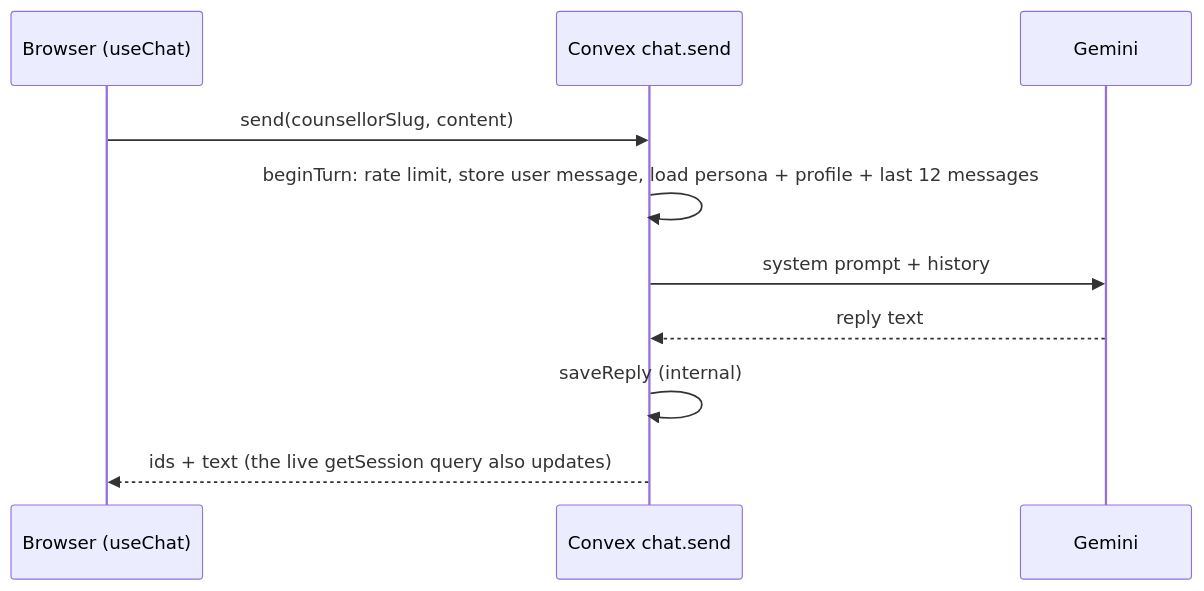
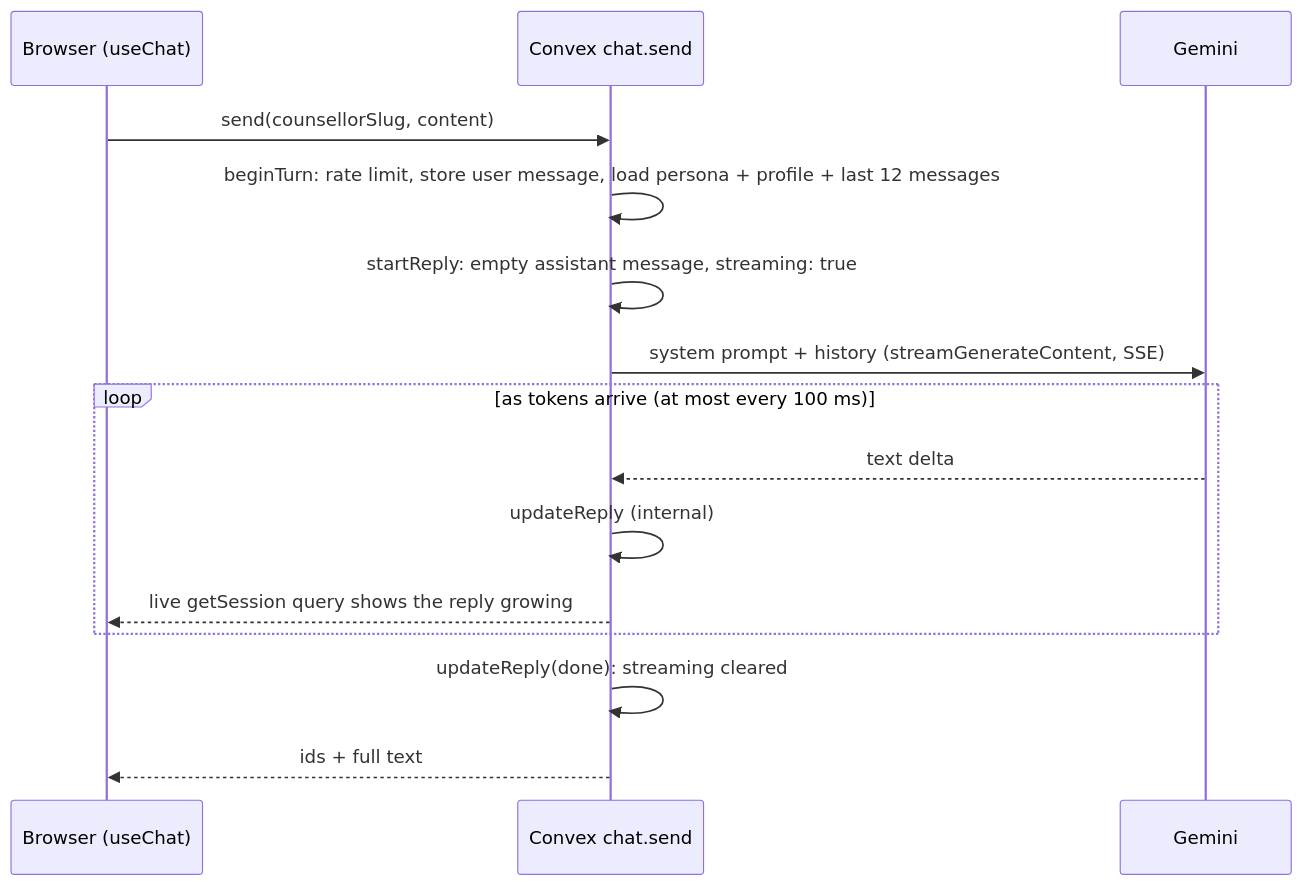
The third of 4 diagrams in docs/ARCHITECTURE.md (tarunkauxhik/kosmo), drawn with Mermaid before and after one commit. The commit also changed other lines of this file and 9 other files, not shown here.

````diff
--- a/docs/ARCHITECTURE.md
+++ b/docs/ARCHITECTURE.md
@@ -120,12 +120,17 @@
 ```mermaid
 sequenceDiagram
   participant B as Browser (useChat)
   participant C as Convex chat.send
   participant G as Gemini
   B->>C: send(counsellorSlug, content)
   C->>C: beginTurn: rate limit, store user message, load persona + profile + last 12 messages
-  C->>G: system prompt + history
-  G-->>C: reply text
-  C->>C: saveReply (internal)
-  C-->>B: ids + text (the live getSession query also updates)
+  C->>C: startReply: empty assistant message, streaming: true
+  C->>G: system prompt + history (streamGenerateContent, SSE)
+  loop as tokens arrive (at most every 100 ms)
+    G-->>C: text delta
+    C->>C: updateReply (internal)
+    C-->>B: live getSession query shows the reply growing
+  end
+  C->>C: updateReply(done): streaming cleared
+  C-->>B: ids + full text
 ```
````
